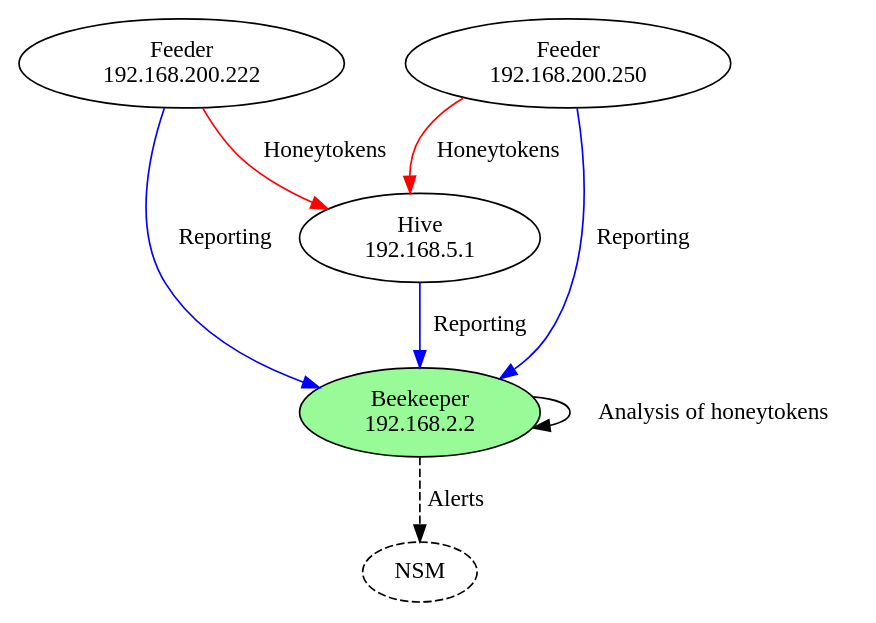
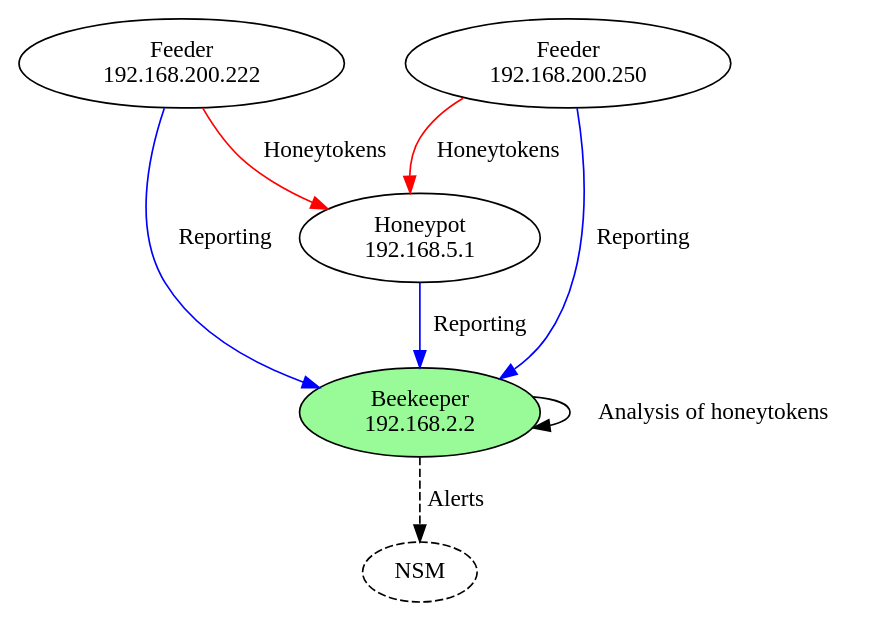
Before and after one commit to johnnykv/heralding: the diagram in docs/quickstart.rst, drawn with Graphviz. The commit also changed 115 other files, not shown here.

First line of the commit message:
rename: Hive -> Honeypot

```diff
--- a/docs/quickstart.rst
+++ b/docs/quickstart.rst
@@ -7,17 +7,17 @@
 .. digraph:: overview
 
     hive_a -> beekeeper [label="Reporting",color= "blue"];
     feeder_a -> beekeeper [label="Reporting",color= "blue"];
     feeder_b -> beekeeper [label="Reporting",color= "blue"];
 
     feeder_a -> hive_a [label="Honeytokens",color= "red"];
     feeder_b -> hive_a [label="Honeytokens",color= "red"]
 
     beekeeper -> nsm [label="Alerts", style="dashed"]
     beekeeper -> beekeeper [label="Analysis of honeytokens"];
 
-    hive_a [label="Hive\n192.168.5.1"];
+    hive_a [label="Honeypot\n192.168.5.1"];
     beekeeper [label="Beekeeper\n192.168.2.2", fillcolor="palegreen", style="filled"];
     feeder_a [label="Feeder\n192.168.200.222"];
     feeder_b [label="Feeder\n192.168.200.250"];
     nsm [label="NSM", style="dashed"]
```
